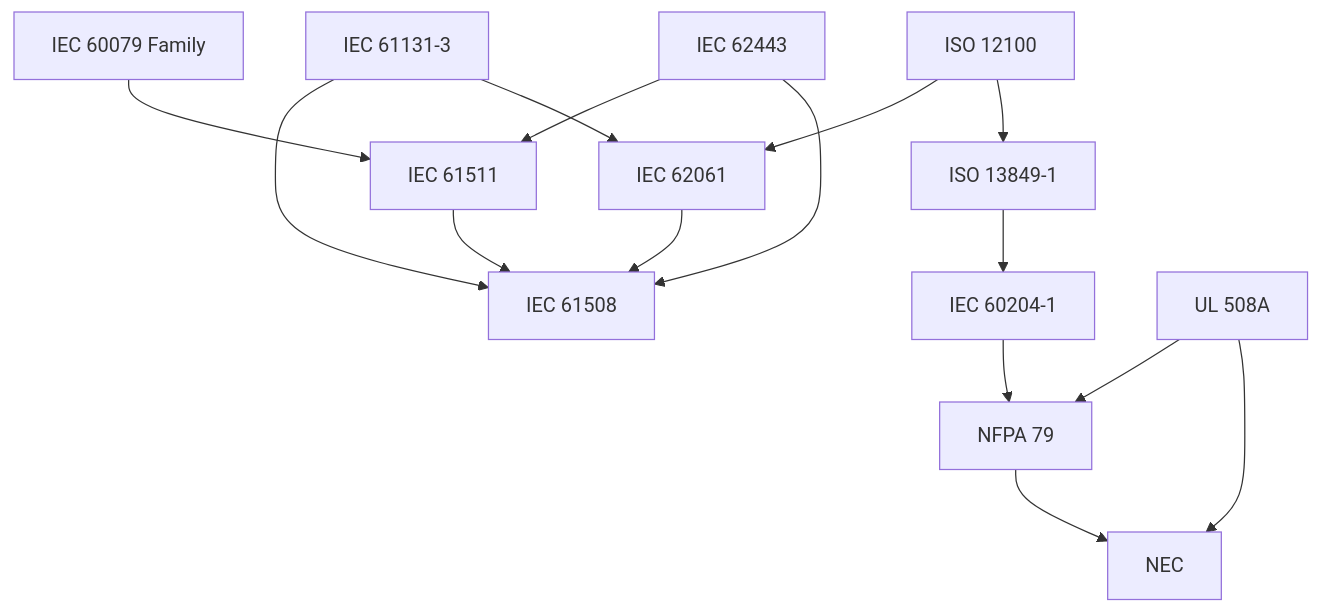
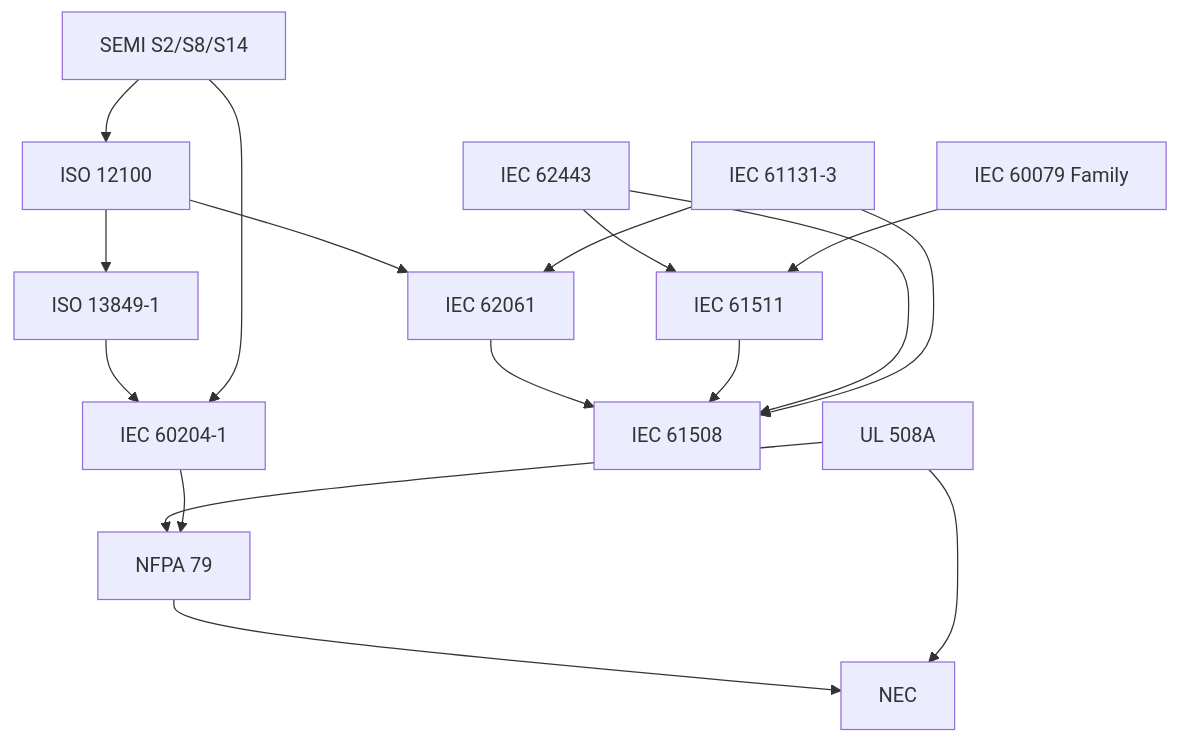
The diagram in docs/standards/index.md (kyawminthu20/Control-System-Tools), drawn with Mermaid before and after one commit. The commit also changed other lines of this file and 20 other files, not shown here.

```diff
--- a/docs/standards/index.md
+++ b/docs/standards/index.md
@@ -97,17 +105,19 @@
 <pre class="mermaid">
 graph TD
     ISO12100[ISO 12100] --> ISO13849[ISO 13849-1]
     ISO12100 --> IEC62061[IEC 62061]
     ISO13849 --> IEC60204[IEC 60204-1]
     IEC62061 --> IEC61508[IEC 61508]
     IEC61511[IEC 61511] --> IEC61508
     NFPA79[NFPA 79] --> NEC[NEC]
     UL508A[UL 508A] --> NEC
     UL508A --> NFPA79
     IEC60204 --> NFPA79
     IEC62443[IEC 62443] --> IEC61508
     IEC62443 --> IEC61511
     IEC61131[IEC 61131-3] --> IEC62061
     IEC61131 --> IEC61508
     IEC60079[IEC 60079 Family] --> IEC61511
+    SEMI[SEMI S2/S8/S14] --> IEC60204
+    SEMI --> ISO12100
 </pre>
```
